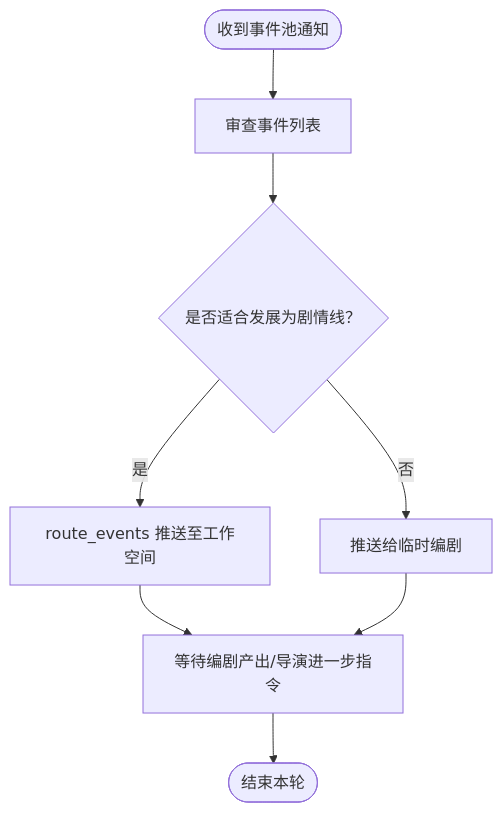
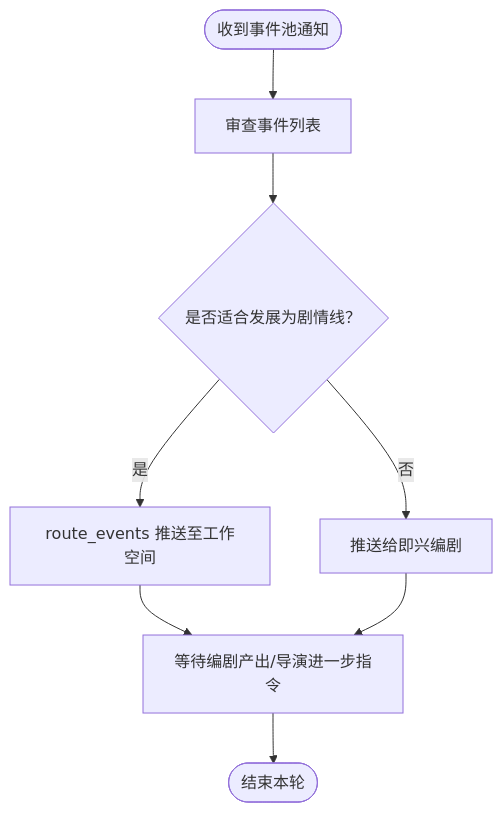
Before and after one commit to suzvka/NPCLife: the third of 8 diagrams in .qoder/repowiki/zh/content/提示词系统.md, drawn with Mermaid. The commit also changed other lines of this file and 25 other files, not shown here.

````diff
--- a/.qoder/repowiki/zh/content/提示词系统.md
+++ b/.qoder/repowiki/zh/content/提示词系统.md
@@ -169,10 +181,10 @@
 ```mermaid
 flowchart TD
 Start(["收到事件池通知"]) --> Review["审查事件列表"]
 Review --> Decide{"是否适合发展为剧情线？"}
 Decide --> |是| Route["route_events 推送至工作空间"]
-Decide --> |否| Temp["推送给临时编剧"]
+Decide --> |否| Temp["推送给即兴编剧"]
 Route --> Next["等待编剧产出/导演进一步指令"]
 Temp --> Next
 Next --> End(["结束本轮"])
 ```
````
